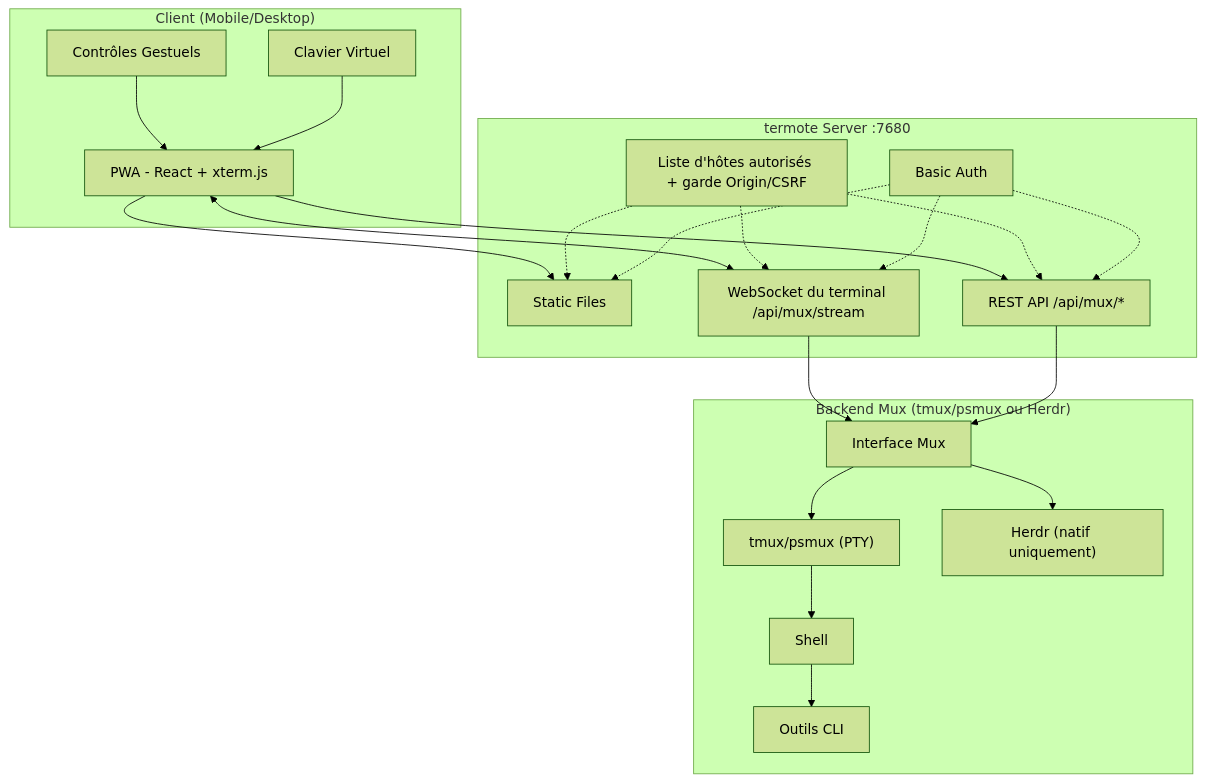
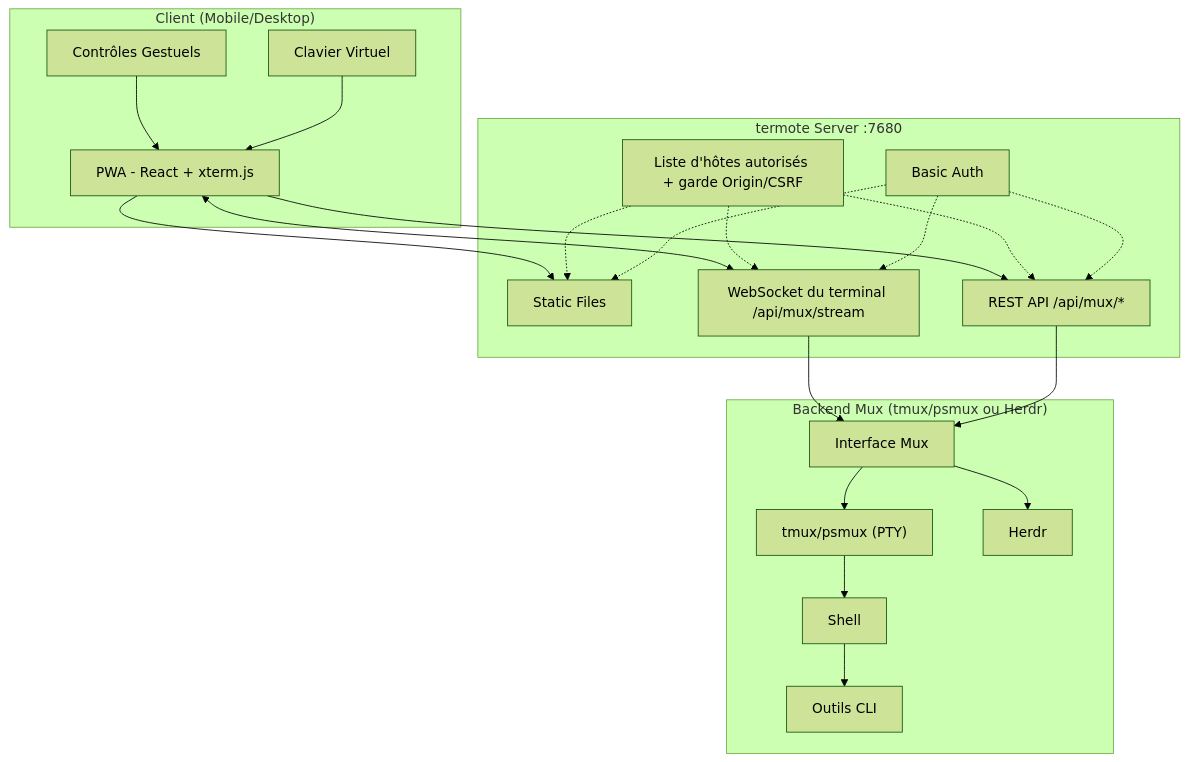
One commit to lamngockhuong/termote changed the first of 2 diagrams in README.fr.md. Above: the diagram before and after it, drawn with Mermaid (forest theme). The commit also changed other lines of this file and 36 other files, not shown here.

````diff
--- a/README.fr.md
+++ b/README.fr.md
@@ -65,36 +65,36 @@
 ```mermaid
 flowchart TB
     subgraph Client["Client (Mobile/Desktop)"]
         PWA["PWA - React + xterm.js"]
         Gestures["Contrôles Gestuels"]
         Keyboard["Clavier Virtuel"]
     end
 
     subgraph Server["termote Server :7680"]
         Static["Static Files"]
         Stream["WebSocket du terminal /api/mux/stream"]
         API["REST API /api/mux/*"]
         Guard["Liste d'hôtes autorisés + garde Origin/CSRF"]
         Auth["Basic Auth"]
     end
 
     subgraph Backend["Backend Mux (tmux/psmux ou Herdr)"]
         Mux["Interface Mux"]
         tmux["tmux/psmux (PTY)"]
-        herdr["Herdr (natif uniquement)"]
+        herdr["Herdr"]
         Shell["Shell"]
         Tools["Outils CLI"]
     end
 
     Gestures --> PWA
     Keyboard --> PWA
     PWA --> Static
     PWA <--> Stream
     PWA --> API
     Guard -.-> Static & Stream & API
     Auth -.-> Static & Stream & API
     Stream --> Mux
     API --> Mux
     Mux --> tmux & herdr
     tmux --> Shell --> Tools
 ```
````
